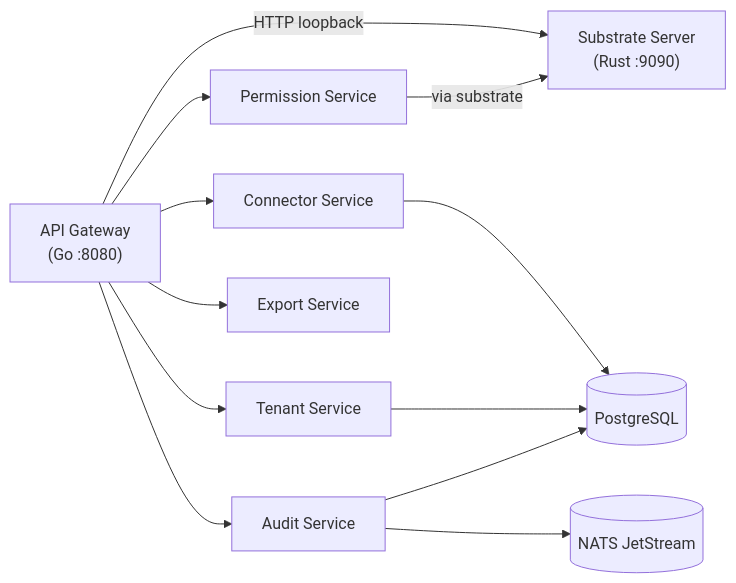
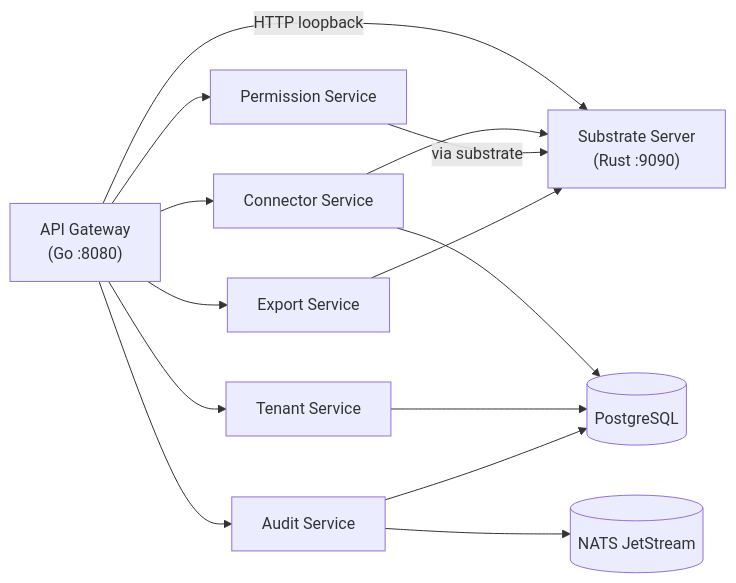
Before and after one commit to kennguy3n/knowledge: the second of 4 diagrams in ARCHITECTURE.md, drawn with Mermaid.

Commit message:
fix(docs): add missing CS-->SUB and XS-->SUB edges to topology diagram
Both the Connector Service and Export Service take the substrate client
(connector.New(sub,...) and export.New(sub,...)) — add explicit edges
to the Mermaid diagram for accuracy.

````diff
--- a/ARCHITECTURE.md
+++ b/ARCHITECTURE.md
@@ -338,23 +338,25 @@
 ```mermaid
 flowchart LR
     GW["API Gateway\n(Go :8080)"]
     SUB["Substrate Server\n(Rust :9090)"]
     CS["Connector Service"]
     PS["Permission Service"]
     TS["Tenant Service"]
     XS["Export Service"]
     AS["Audit Service"]
     PG[("PostgreSQL")]
     NJ[("NATS JetStream")]
     GW -->|HTTP loopback| SUB
     GW --> CS
     GW --> PS
     GW --> TS
     GW --> XS
     GW --> AS
     CS --> PG
+    CS --> SUB
     TS --> PG
     PS -->|via substrate| SUB
+    XS --> SUB
     AS --> PG
     AS --> NJ
 ```
````
